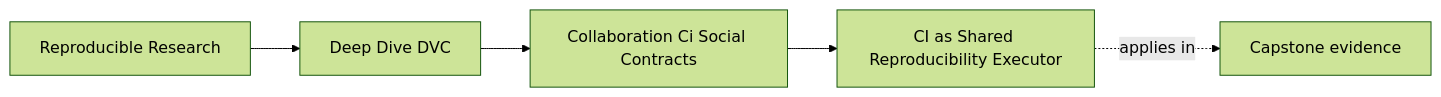
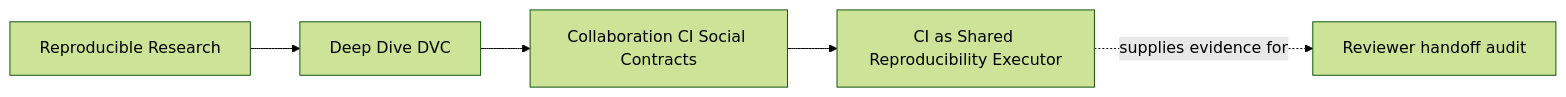
Before and after one commit to bijux/bijux-masterclass: the first of 4 diagrams in programs/reproducible-research/deep-dive-dvc/course-book/module-07-collaboration-ci-social-contracts/ci-as-shared-reproducibility-executor.md, drawn with Mermaid (forest theme). The commit also changed other lines of this file, not shown here.

Commit message:
docs(dvc): make ci preserve submitted-state evidence

````diff
--- a/programs/reproducible-research/deep-dive-dvc/course-book/module-07-collaboration-ci-social-contracts/ci-as-shared-reproducibility-executor.md
+++ b/programs/reproducible-research/deep-dive-dvc/course-book/module-07-collaboration-ci-social-contracts/ci-as-shared-reproducibility-executor.md
@@ -7,11 +6,11 @@
 ```mermaid
 graph LR
   family["Reproducible Research"]
   program["Deep Dive DVC"]
-  section["Collaboration Ci Social Contracts"]
+  section["Collaboration CI Social Contracts"]
   page["CI as Shared Reproducibility Executor"]
-  capstone["Capstone evidence"]
+  capstone["Reviewer handoff audit"]
 
   family --> program --> section --> page
-  page -.applies in.-> capstone
+  page -.supplies evidence for.-> capstone
 ```
````
